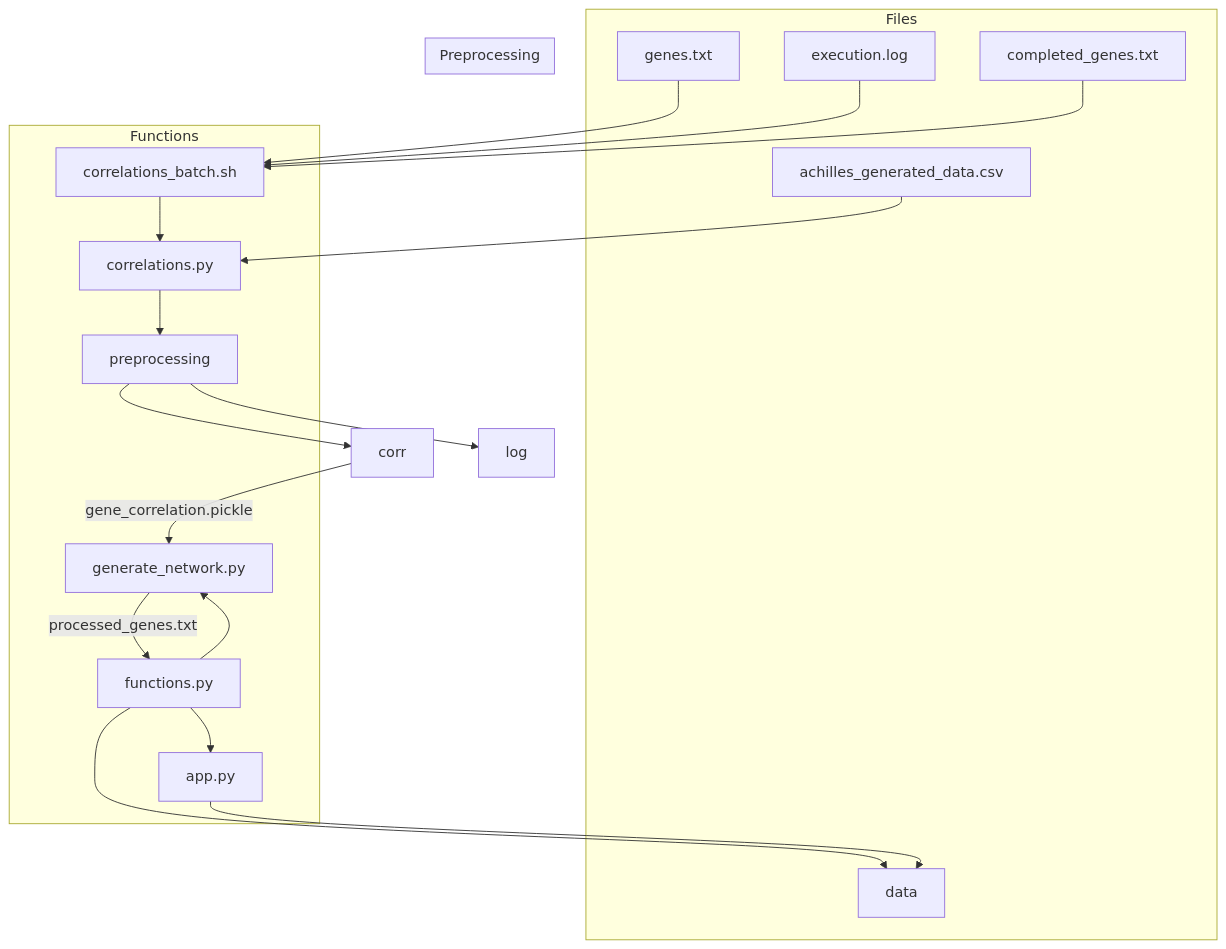
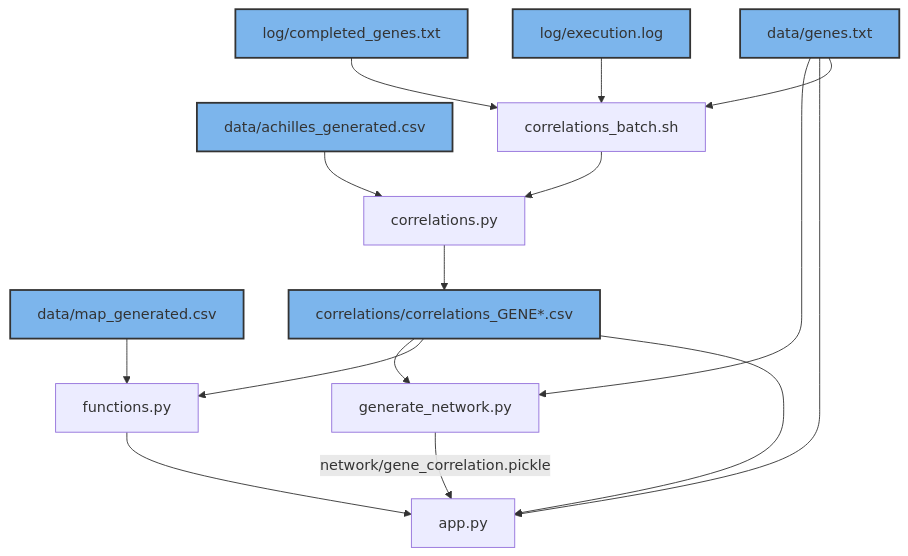
One commit to ntmaseras/GeneInteractionApp changed the diagram in README.md. Above: the diagram before and after it, drawn with Mermaid.

````diff
--- a/README.md
+++ b/README.md
@@ -2,55 +2,37 @@
 ```mermaid
 graph TD;
-    genes[genes.txt]
-    log1[execution.log]
-    log2[completed_genes.txt]
-    achilles[achilles_generated_data.csv]
-    preprocess[preprocessing]
+    genes[data/genes.txt]
+    log1[log/execution.log]
+    achilles[data/achilles_generated.csv]
+    mapa[data/map_generated.csv]
+    log2[log/completed_genes.txt]
+    corrsFiles[correlations/correlations_GENE*.csv]
     corrPy[correlations.py]
     corrSh[correlations_batch.sh]
-    data[data]
     function[functions.py]
     net[generate_network.py]
     app[app.py]
 
-    subgraph Files
-    genes
-    log1
-    log2
-    achilles
-    data
-    end
-
-    subgraph Preprocessing
-    genes
-    log1
-    log2
-    achilles
-    data
-    end
-
-    subgraph Functions
-    corrPy
-    corrSh
-    preprocess
-    function
-    net
-    app
-    end
+    style genes fill:#7cb5ec,stroke:#333,stroke-width:2px;
+    style log1 fill:#7cb5ec,stroke:#333,stroke-width:2px;
+    style achilles fill:#7cb5ec,stroke:#333,stroke-width:2px;
+    style mapa fill:#7cb5ec,stroke:#333,stroke-width:2px;
+    style log2 fill:#7cb5ec,stroke:#333,stroke-width:2px;
+    style corrsFiles fill:#7cb5ec,stroke:#333,stroke-width:2px;
 
     genes-->corrSh
     log1-->corrSh
     log2-->corrSh
     achilles-->corrPy
+    mapa-->function
     corrSh-->corrPy
-    corrPy-->preprocess
-    preprocess-->corr
-    preprocess-->log
-    corr-- gene_correlation.pickle -->
-    net-- processed_genes.txt -->
+    corrPy-->corrsFiles
+    corrsFiles-->app
+    genes-->app
+    corrsFiles-->function
     function-->app
-    function-->net
-    function-->data
-    app-->data
+    genes-->net
+    net-- network/gene_correlation.pickle -->app
+    corrsFiles-->net
 
 ```
````
